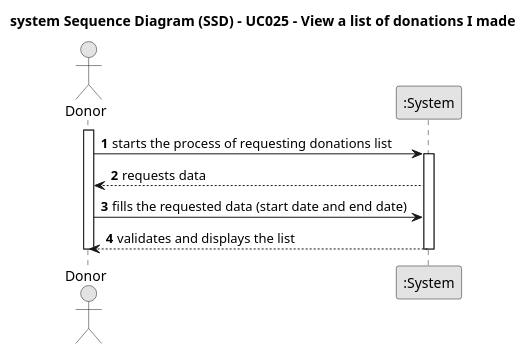
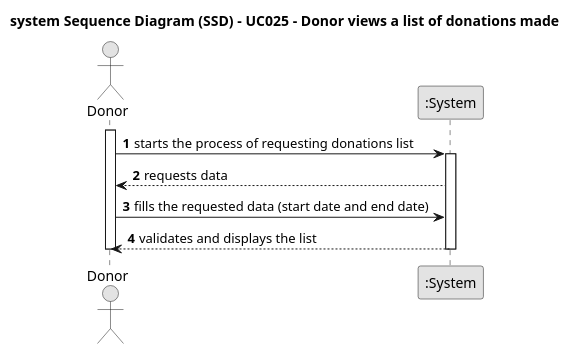
One commit to tbarracha/Upskill-Sprint-2-Gladly-Given changed the diagram in javaSprint2GladlyGiven/Docs/UseCases/uc025/requirements/puml/uc025-SSD.puml. Above: the diagram before and after it, drawn with PlantUML. The commit also changed 30 other files, not shown here.

```diff
--- a/javaSprint2GladlyGiven/Docs/UseCases/uc025/requirements/puml/uc025-SSD.puml
+++ b/javaSprint2GladlyGiven/Docs/UseCases/uc025/requirements/puml/uc025-SSD.puml
@@ -1,25 +1,25 @@
 @startuml
 skinparam monochrome true
 skinparam packageStyle rectangle
 skinparam shadowing false
 
-title system Sequence Diagram (SSD) - UC025 - View a list of donations I made
+title system Sequence Diagram (SSD) - UC025 - Donor views a list of donations made
 
 
 
 autonumber
 
 actor Donor as donor
 participant ":System" as system
 
 activate donor
     donor -> system : starts the process of requesting donations list
     activate system
         system --> donor : requests data
         donor -> system : fills the requested data (start date and end date)
         system --> donor : validates and displays the list
     deactivate system
 deactivate donor
 
 
 @enduml
```
